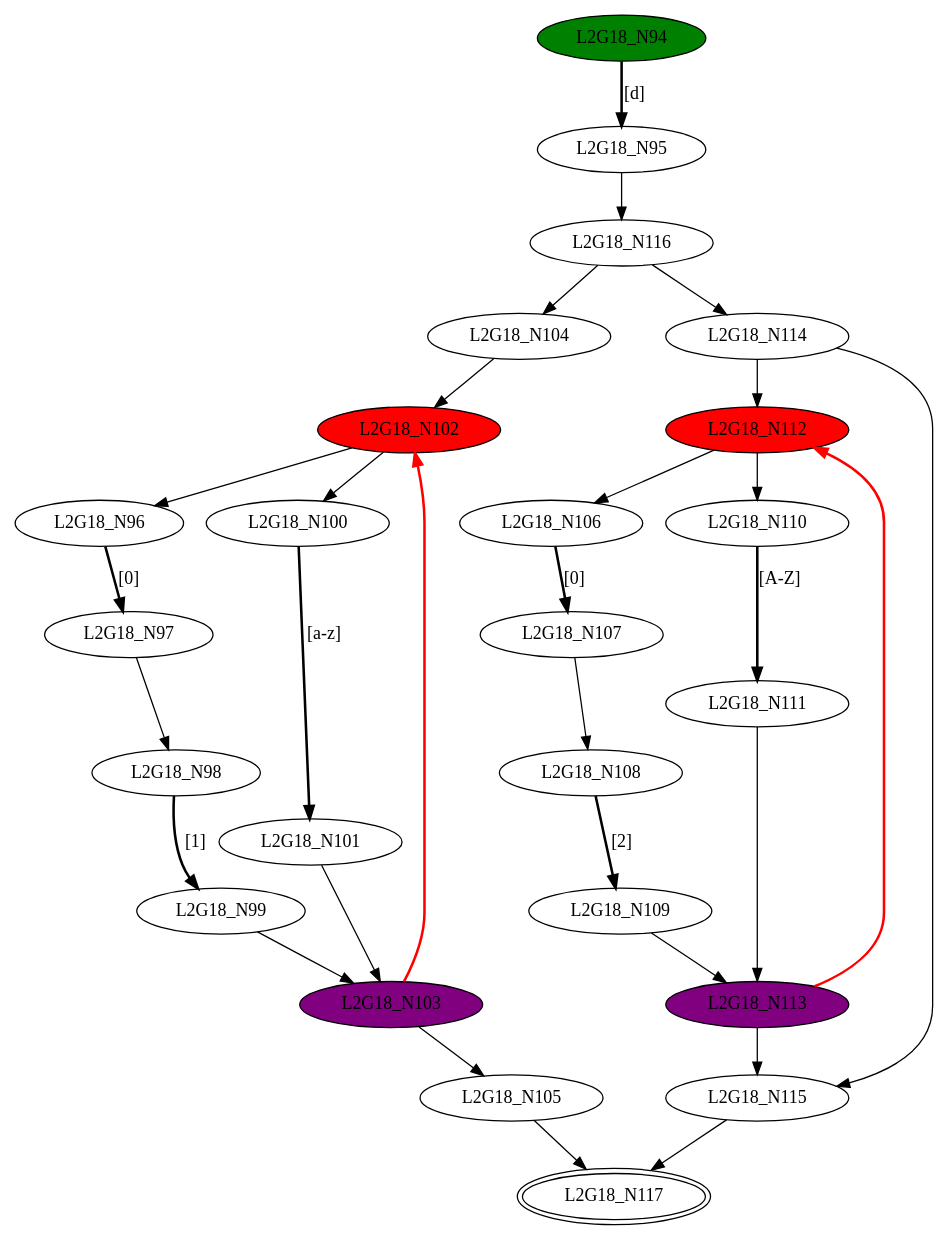
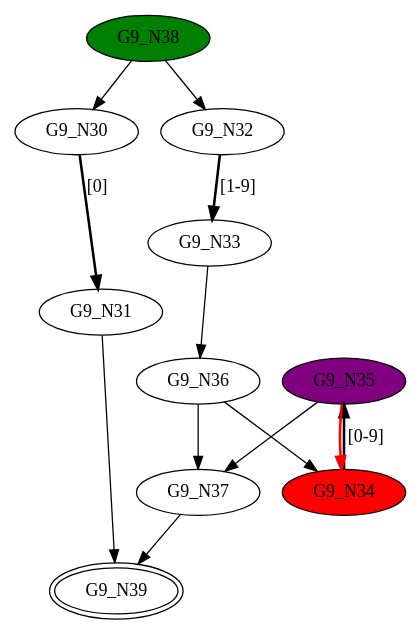
Before and after one commit to GDimitroulakos/EDUFLEX: the diagram in DFASimulator/Testbench/merge2.dot, drawn with Graphviz. The commit also changed 72 other files, not shown here.

```diff
--- a/DFASimulator/Testbench/merge2.dot
+++ b/DFASimulator/Testbench/merge2.dot
@@ -1,55 +1,24 @@
-digraph G18{
-"L2G18_N94" [style=filled,fillcolor=green];
-"L2G18_N95";
-"L2G18_N96";
-"L2G18_N97";
-"L2G18_N98";
-"L2G18_N99";
-"L2G18_N100";
-"L2G18_N101";
-"L2G18_N102" [style=filled,fillcolor=red];
-"L2G18_N103" [style=filled,fillcolor=purple];
-"L2G18_N104";
-"L2G18_N105";
-"L2G18_N106";
-"L2G18_N107";
-"L2G18_N108";
-"L2G18_N109";
-"L2G18_N110";
-"L2G18_N111";
-"L2G18_N112" [style=filled,fillcolor=red];
-"L2G18_N113" [style=filled,fillcolor=purple];
-"L2G18_N114";
-"L2G18_N115";
-"L2G18_N116";
-"L2G18_N117" [peripheries=2];
-"L2G18_N94"->"L2G18_N95" [style = bold, label = "[d]"];
-"L2G18_N96"->"L2G18_N97" [style = bold, label = "[0]"];
-"L2G18_N98"->"L2G18_N99" [style = bold, label = "[1]"];
-"L2G18_N97"->"L2G18_N98";
-"L2G18_N100"->"L2G18_N101" [style = bold, label = "[a-z]"];
-"L2G18_N102"->"L2G18_N96";
-"L2G18_N102"->"L2G18_N100";
-"L2G18_N101"->"L2G18_N103";
-"L2G18_N99"->"L2G18_N103";
-"L2G18_N104"->"L2G18_N102";
-"L2G18_N103"->"L2G18_N105";
-"L2G18_N103"->"L2G18_N102" [color=red,style = bold, label = ""];
-"L2G18_N106"->"L2G18_N107" [style = bold, label = "[0]"];
-"L2G18_N108"->"L2G18_N109" [style = bold, label = "[2]"];
-"L2G18_N107"->"L2G18_N108";
-"L2G18_N110"->"L2G18_N111" [style = bold, label = "[A-Z]"];
-"L2G18_N112"->"L2G18_N106";
-"L2G18_N112"->"L2G18_N110";
-"L2G18_N111"->"L2G18_N113";
-"L2G18_N109"->"L2G18_N113";
-"L2G18_N114"->"L2G18_N112";
-"L2G18_N113"->"L2G18_N115";
-"L2G18_N114"->"L2G18_N115";
-"L2G18_N113"->"L2G18_N112" [color=red,style = bold, label = ""];
-"L2G18_N116"->"L2G18_N104";
-"L2G18_N116"->"L2G18_N114";
-"L2G18_N115"->"L2G18_N117";
-"L2G18_N105"->"L2G18_N117";
-"L2G18_N95"->"L2G18_N116";
+digraph G9{
+"G9_N30";
+"G9_N31";
+"G9_N32";
+"G9_N33";
+"G9_N34" [style=filled,fillcolor=red];
+"G9_N35" [style=filled,fillcolor=purple];
+"G9_N36";
+"G9_N37";
+"G9_N38" [style=filled,fillcolor=green];
+"G9_N39" [peripheries=2];
+"G9_N30"->"G9_N31" [style = bold, label = "[0]"];
+"G9_N32"->"G9_N33" [style = bold, label = "[1-9]"];
+"G9_N34"->"G9_N35" [style = bold, label = "[0-9]"];
+"G9_N36"->"G9_N34";
+"G9_N35"->"G9_N37";
+"G9_N36"->"G9_N37";
+"G9_N35"->"G9_N34" [color=red,style = bold, label = ""];
+"G9_N33"->"G9_N36";
+"G9_N38"->"G9_N30";
+"G9_N38"->"G9_N32";
+"G9_N37"->"G9_N39";
+"G9_N31"->"G9_N39";
 }
```
